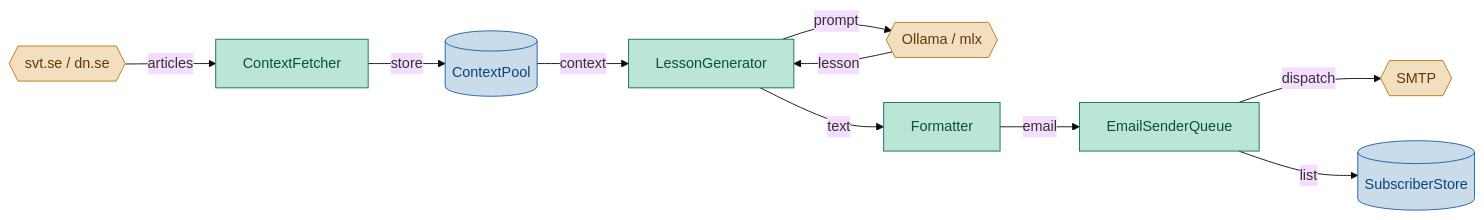
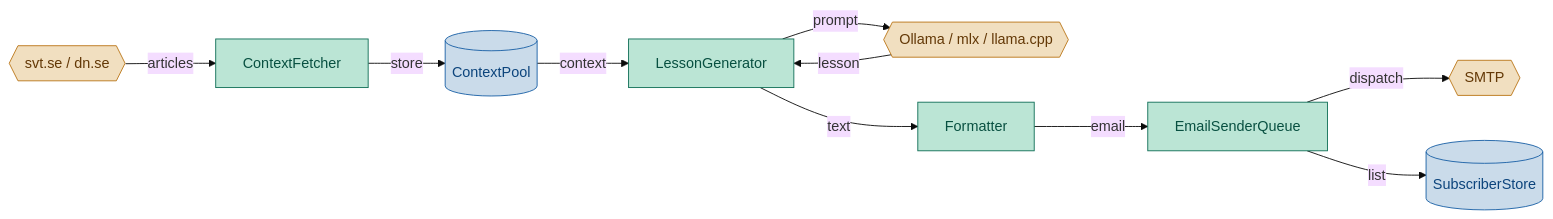
One commit to yunfei-ma/daglas changed the first of 2 diagrams in README.md. Above: the diagram before and after it, drawn with Mermaid (base theme). The commit also changed other lines of this file, not shown here.

````diff
--- a/README.md
+++ b/README.md
@@ -13,26 +13,26 @@
 ```mermaid
 graph LR
     classDef core    fill:#bbe5d5,stroke:#0F6E56,color:#085041
     classDef store   fill:#cadbea,stroke:#185FA5,color:#0C447C
     classDef external fill:#f1dfc0,stroke:#BA7517,color:#633806
 
     Site{{svt.se / dn.se}}:::external
     Fetcher[ContextFetcher]:::core
     Pool[(ContextPool)]:::store
-    LLM{{Ollama / mlx}}:::external
+    LLM{{Ollama / mlx / llama.cpp}}:::external
     Generator[LessonGenerator]:::core
     Formatter[Formatter]:::core
     Sender[EmailSenderQueue]:::core
     Subscribers[(SubscriberStore)]:::store
     SMTP{{SMTP}}:::external
 
     Site -->|articles| Fetcher
     Fetcher -->|store| Pool
     Pool -->|context| Generator
     Generator -->|prompt| LLM
     LLM -->|lesson| Generator
     Generator -->|text| Formatter
     Formatter -->|email| Sender
     Sender -->|dispatch| SMTP
     Sender -->|list| Subscribers
 ```
````
